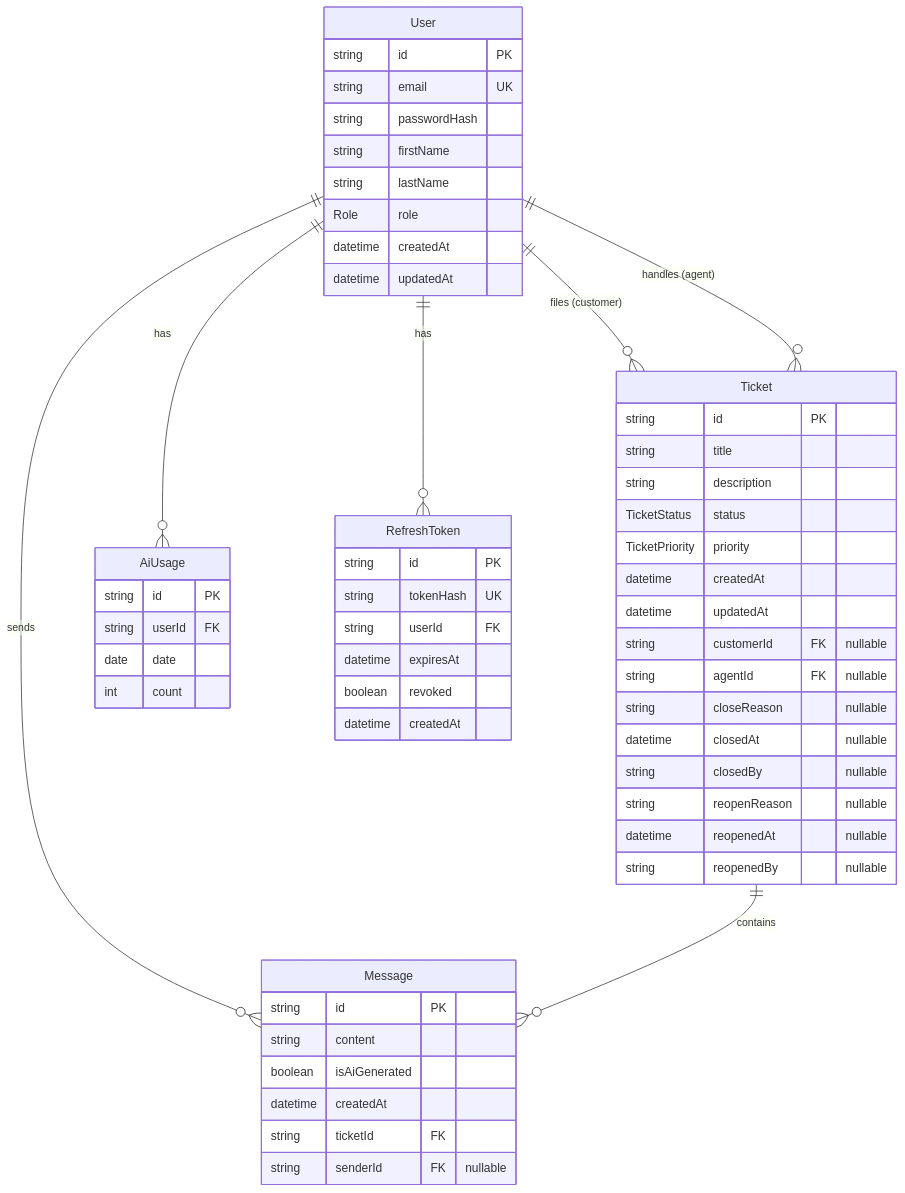
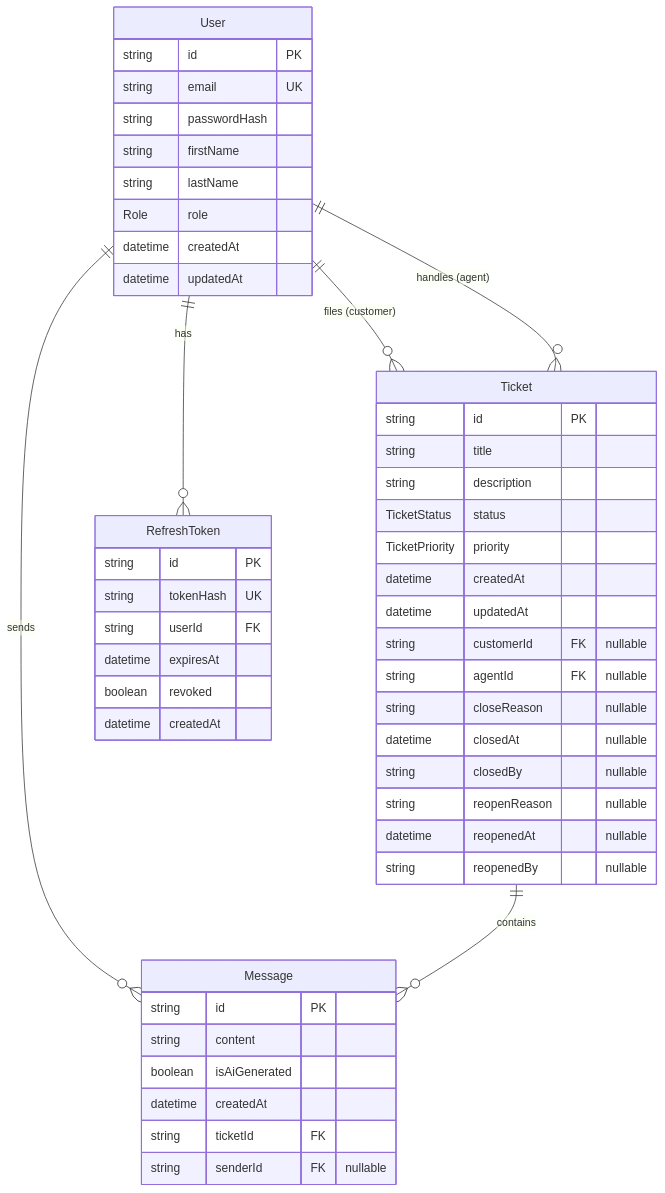
Before and after one commit to Molnar-Zoltan/it-helpdesk: the diagram in docs/schema.md, drawn with Mermaid. The commit also changed other lines of this file and 5 other files, not shown here.

First line of the commit message:
docs: step 10 docs pass -- README, api-endpoints, architecture, schema

````diff
--- a/docs/schema.md
+++ b/docs/schema.md
@@ -19,63 +18,55 @@
 ```mermaid
 erDiagram
     User ||--o{ Ticket : "files (customer)"
     User ||--o{ Ticket : "handles (agent)"
     User ||--o{ Message : sends
-    User ||--o{ AiUsage : has
     User ||--o{ RefreshToken : has
     Ticket ||--o{ Message : contains
 
     User {
         string id PK
         string email UK
         string passwordHash
         string firstName
         string lastName
         Role role
         datetime createdAt
         datetime updatedAt
     }
 
     Ticket {
         string id PK
         string title
         string description
         TicketStatus status
         TicketPriority priority
         datetime createdAt
         datetime updatedAt
         string customerId FK "nullable"
         string agentId FK "nullable"
         string closeReason "nullable"
         datetime closedAt "nullable"
         string closedBy "nullable"
         string reopenReason "nullable"
         datetime reopenedAt "nullable"
         string reopenedBy "nullable"
     }
 
     Message {
         string id PK
         string content
         boolean isAiGenerated
         datetime createdAt
         string ticketId FK
         string senderId FK "nullable"
     }
 
-    AiUsage {
-        string id PK
-        string userId FK
-        date date
-        int count
-    }
-
     RefreshToken {
         string id PK
         string tokenHash UK
         string userId FK
         datetime expiresAt
         boolean revoked
         datetime createdAt
     }
 ```
````
